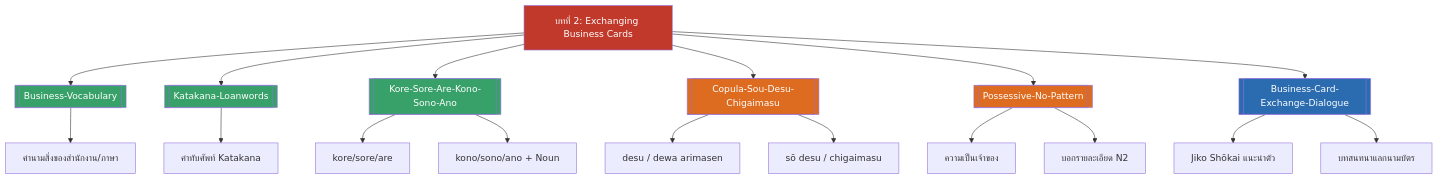
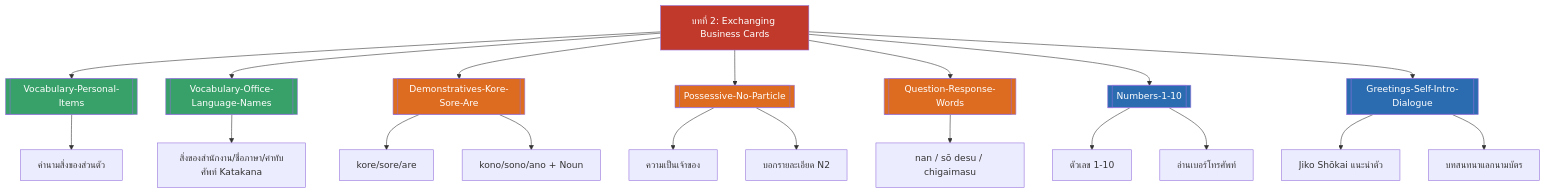
Before and after one commit to PhuriphatTyPeZ3r0/Course-JN60101-Japanese-for-Communication-1-2026: the diagram in 01_Lectures/Chapter2/Chapter2-MOC.md, drawn with Mermaid. The commit also changed other lines of this file and 4 other files, not shown here.

````diff
--- a/01_Lectures/Chapter2/Chapter2-MOC.md
+++ b/01_Lectures/Chapter2/Chapter2-MOC.md
@@ -27,28 +27,31 @@
 ```mermaid
 graph TD
-    MOC[บทที่ 2: Exchanging Business Cards] --> A[[Business-Vocabulary]]
-    MOC --> B[[Katakana-Loanwords]]
-    MOC --> C[[Kore-Sore-Are-Kono-Sono-Ano]]
-    MOC --> D[[Copula-Sou-Desu-Chigaimasu]]
-    MOC --> E[[Possessive-No-Pattern]]
-    MOC --> F[[Business-Card-Exchange-Dialogue]]
+    MOC[บทที่ 2: Exchanging Business Cards] --> A[[Vocabulary-Personal-Items]]
+    MOC --> B[[Vocabulary-Office-Language-Names]]
+    MOC --> C[[Demonstratives-Kore-Sore-Are]]
+    MOC --> D[[Possessive-No-Particle]]
+    MOC --> E[[Question-Response-Words]]
+    MOC --> F[[Numbers-1-10]]
+    MOC --> G[[Greetings-Self-Intro-Dialogue]]
 
-    A --> A1[คำนามสิ่งของสำนักงาน/ภาษา]
-    B --> B1[คำทับศัพท์ Katakana]
+    A --> A1[คำนามสิ่งของส่วนตัว]
+    B --> B1[สิ่งของสำนักงาน/ชื่อภาษา/คำทับศัพท์ Katakana]
     C --> C1[kore/sore/are]
     C --> C2[kono/sono/ano + Noun]
-    D --> D1[desu / dewa arimasen]
-    D --> D2[sō desu / chigaimasu]
-    E --> E1[ความเป็นเจ้าของ]
-    E --> E2[บอกรายละเอียด N2]
-    F --> F1[Jiko Shōkai แนะนำตัว]
-    F --> F2[บทสนทนาแลกนามบัตร]
+    D --> D1[ความเป็นเจ้าของ]
+    D --> D2[บอกรายละเอียด N2]
+    E --> E1[nan / sō desu / chigaimasu]
+    F --> F1[ตัวเลข 1-10]
+    F --> F2[อ่านเบอร์โทรศัพท์]
+    G --> G1[Jiko Shōkai แนะนำตัว]
+    G --> G2[บทสนทนาแลกนามบัตร]
 
     style MOC fill:#c0392b,color:#fff
     style A fill:#38a169,color:#fff
     style B fill:#38a169,color:#fff
-    style C fill:#38a169,color:#fff
+    style C fill:#dd6b20,color:#fff
     style D fill:#dd6b20,color:#fff
     style E fill:#dd6b20,color:#fff
     style F fill:#2b6cb0,color:#fff
+    style G fill:#2b6cb0,color:#fff
 ```
````
